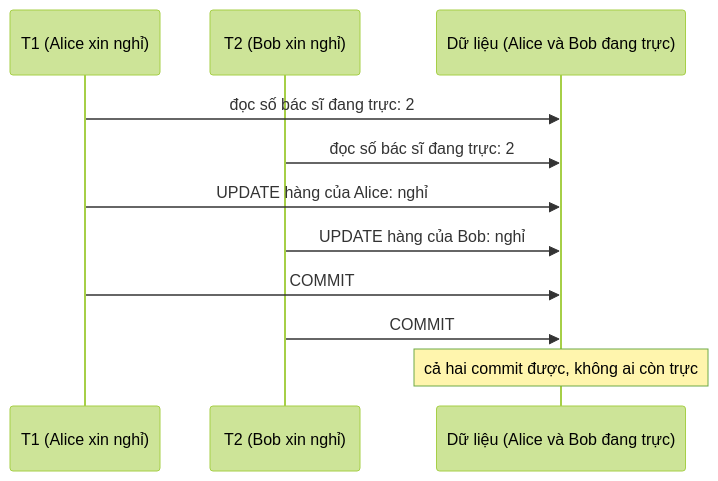
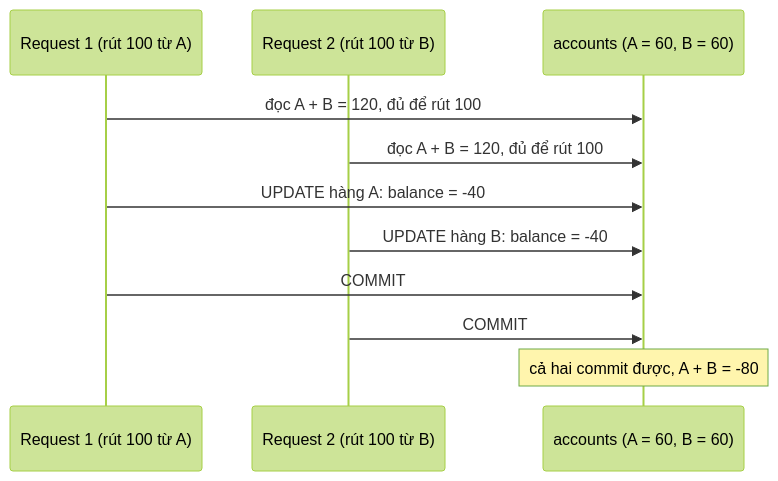
Before and after one commit to pirumu/irust: the second of 6 diagrams in docs/12-he-thong-du-lieu/07-transaction.md, drawn with Mermaid (forest theme). The commit also changed other lines of this file and 27 other files, not shown here.

````diff
--- a/docs/12-he-thong-du-lieu/07-transaction.md
+++ b/docs/12-he-thong-du-lieu/07-transaction.md
@@ -139,13 +177,13 @@
 ```mermaid
 sequenceDiagram
-  participant T1 as T1 (Alice xin nghỉ)
-  participant T2 as T2 (Bob xin nghỉ)
-  participant DB as Dữ liệu (Alice và Bob đang trực)
-  T1->>DB: đọc số bác sĩ đang trực: 2
-  T2->>DB: đọc số bác sĩ đang trực: 2
-  T1->>DB: UPDATE hàng của Alice: nghỉ
-  T2->>DB: UPDATE hàng của Bob: nghỉ
+  participant T1 as Request 1 (rút 100 từ A)
+  participant T2 as Request 2 (rút 100 từ B)
+  participant DB as accounts (A = 60, B = 60)
+  T1->>DB: đọc A + B = 120, đủ để rút 100
+  T2->>DB: đọc A + B = 120, đủ để rút 100
+  T1->>DB: UPDATE hàng A: balance = -40
+  T2->>DB: UPDATE hàng B: balance = -40
   T1->>DB: COMMIT
   T2->>DB: COMMIT
-  Note over DB: cả hai commit được, không ai còn trực
+  Note over DB: cả hai commit được, A + B = -80
 ```
````
